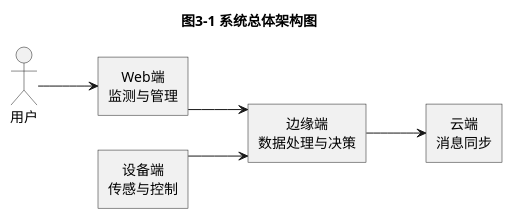
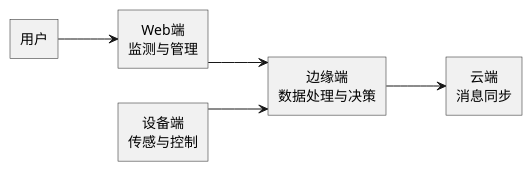
The diagram in 图 3-1 系统总体架构图.puml (TSK-io/lunwen), drawn with PlantUML before and after one commit. The commit also changed 12 other files, not shown here.

```diff
--- a/图 3-1 系统总体架构图.puml
+++ b/图 3-1 系统总体架构图.puml
@@ -1,25 +1,24 @@
 @startuml
-title 图3-1 系统总体架构图
 
 left to right direction
 skinparam monochrome true
 skinparam shadowing false
 skinparam defaultFontName Microsoft YaHei
 skinparam defaultTextAlignment center
 skinparam linetype ortho
 skinparam packageStyle rectangle
 skinparam roundcorner 0
 
-actor 用户
+rectangle "用户" as User
 
 rectangle "设备端\n传感与控制" as Device
 rectangle "边缘端\n数据处理与决策" as Edge
 rectangle "云端\n消息同步" as Cloud
 rectangle "Web端\n监测与管理" as Web
 
 Device --> Edge
 Edge --> Cloud
-用户 --> Web
+User --> Web
 Web --> Edge
 
 @enduml
```
